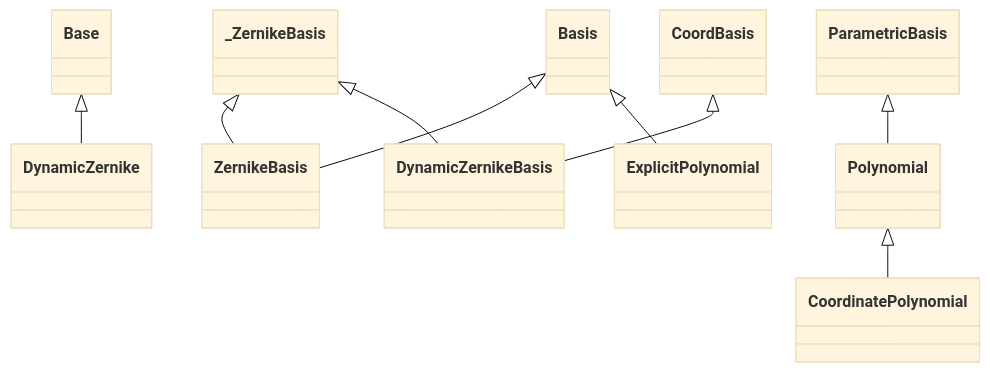
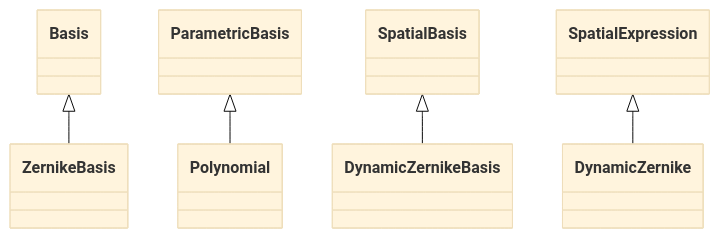
The diagram in docs/API/core/polynomials.md (LouisDesdoigts/dLux), drawn with Mermaid (base theme) before and after one commit. The commit also changed other lines of this file and 46 other files, not shown here.

First line of the commit message:
Simplify parametric evaluation and spatial basis contracts

````diff
--- a/docs/API/core/polynomials.md
+++ b/docs/API/core/polynomials.md
@@ -7,28 +7,19 @@
 ```mermaid
 classDiagram
+    class dLux_parametric_polynomials_Polynomial["Polynomial"]
     class dLux_parametric_polynomials_DynamicZernike["DynamicZernike"]
     class dLux_parametric_polynomials_ZernikeBasis["ZernikeBasis"]
     class dLux_parametric_polynomials_DynamicZernikeBasis["DynamicZernikeBasis"]
-    class dLux_parametric_polynomials_Polynomial["Polynomial"]
-    class dLux_parametric_polynomials_ExplicitPolynomial["ExplicitPolynomial"]
-    class dLux_parametric_polynomials_CoordinatePolynomial["CoordinatePolynomial"]
-    class dLux_base_Base["Base"]
     class dLux_parametric_bases_Basis["Basis"]
-    class dLux_parametric_bases_CoordBasis["CoordBasis"]
     class dLux_parametric_bases_ParametricBasis["ParametricBasis"]
-    class dLux_parametric_polynomials__ZernikeBasis["_ZernikeBasis"]
-    dLux_base_Base <|-- dLux_parametric_polynomials_DynamicZernike
-    click dLux_parametric_polynomials_DynamicZernike href "#dLux.parametric.polynomials.DynamicZernike" "Attributes: j, n, m, name · Methods: calculate()"
-    dLux_parametric_polynomials__ZernikeBasis <|-- dLux_parametric_polynomials_ZernikeBasis
+    class dLux_parametric_bases_SpatialBasis["SpatialBasis"]
+    class dLux_parametric_parametrics_SpatialExpression["SpatialExpression"]
+    dLux_parametric_bases_ParametricBasis <|-- dLux_parametric_polynomials_Polynomial
+    click dLux_parametric_polynomials_Polynomial href "#dLux.parametric.polynomials.Polynomial" "Attributes: powers · Methods: calculate_basis(), evaluate(), solve()"
+    dLux_parametric_parametrics_SpatialExpression <|-- dLux_parametric_polynomials_DynamicZernike
+    click dLux_parametric_polynomials_DynamicZernike href "#dLux.parametric.polynomials.DynamicZernike" "Attributes: j, n, m, name · Methods: evaluate()"
     dLux_parametric_bases_Basis <|-- dLux_parametric_polynomials_ZernikeBasis
-    click dLux_parametric_polynomials_ZernikeBasis href "#dLux.parametric.polynomials.ZernikeBasis" "Attributes: coeffs, shape, basis"
-    dLux_parametric_polynomials__ZernikeBasis <|-- dLux_parametric_polynomials_DynamicZernikeBasis
-    dLux_parametric_bases_CoordBasis <|-- dLux_parametric_polynomials_DynamicZernikeBasis
-    click dLux_parametric_polynomials_DynamicZernikeBasis href "#dLux.parametric.polynomials.DynamicZernikeBasis" "Attributes: coeffs, shape, zernikes, nsides, diameter · Methods: calculate_basis()"
-    dLux_parametric_bases_ParametricBasis <|-- dLux_parametric_polynomials_Polynomial
-    click dLux_parametric_polynomials_Polynomial href "#dLux.parametric.polynomials.Polynomial" "Attributes: coeffs, shape, powers · Methods: calculate_basis(), evaluate(), solve_basis()"
-    dLux_parametric_bases_Basis <|-- dLux_parametric_polynomials_ExplicitPolynomial
-    click dLux_parametric_polynomials_ExplicitPolynomial href "#dLux.parametric.polynomials.ExplicitPolynomial" "Attributes: coeffs, shape, basis, powers"
-    dLux_parametric_polynomials_Polynomial <|-- dLux_parametric_polynomials_CoordinatePolynomial
-    click dLux_parametric_polynomials_CoordinatePolynomial href "#dLux.parametric.polynomials.CoordinatePolynomial" "Attributes: coeffs, shape, powers, ndim · Methods: calculate_basis()"
+    click dLux_parametric_polynomials_ZernikeBasis href "#dLux.parametric.polynomials.ZernikeBasis" "No direct public attributes or methods"
+    dLux_parametric_bases_SpatialBasis <|-- dLux_parametric_polynomials_DynamicZernikeBasis
+    click dLux_parametric_polynomials_DynamicZernikeBasis href "#dLux.parametric.polynomials.DynamicZernikeBasis" "Attributes: shape, zernikes, nsides, diameter · Methods: evaluate(), calculate_basis()"
 ```
````
